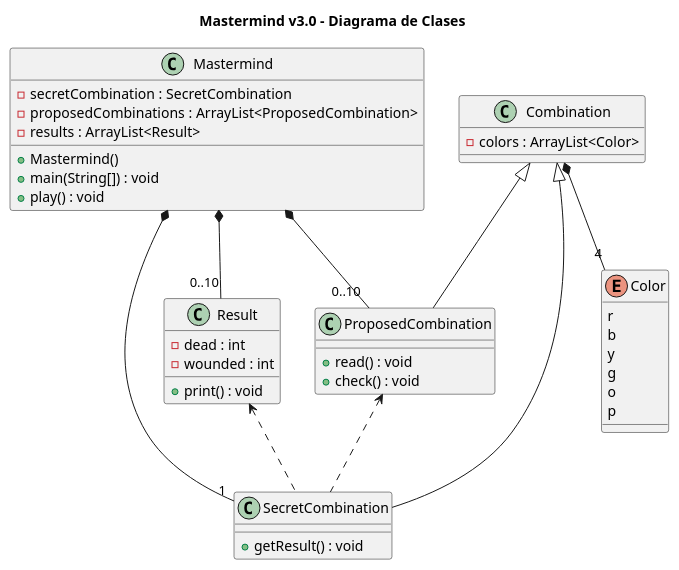
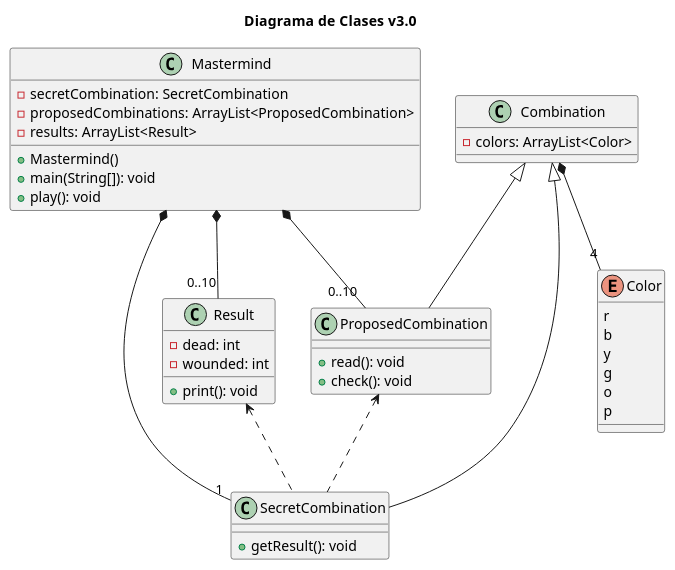
One commit to Luismoteando/Mastermind changed the third of 4 diagrams in README.adoc. Above: the diagram before and after it, drawn with PlantUML. The commit also changed other lines of this file and 17 other files, not shown here.

```diff
--- a/README.adoc
+++ b/README.adoc
@@ -85,50 +85,50 @@
 [plantuml, diagram-class3, png]
 ....
-title Mastermind v3.0 - Diagrama de Clases
+title Diagrama de Clases  v3.0
 
 class Mastermind {
-	-secretCombination : SecretCombination
-	-proposedCombinations : ArrayList<ProposedCombination>
-	-results : ArrayList<Result>
+	-secretCombination: SecretCombination
+	-proposedCombinations: ArrayList<ProposedCombination>
+	-results: ArrayList<Result>
 	+Mastermind()
-	+main(String[]) : void
-	+play() : void
+	+main(String[]): void
+	+play(): void
 }
 
 class Combination {
-	-colors : ArrayList<Color>
+	-colors: ArrayList<Color>
 }
 
 class ProposedCombination {
-	+read() : void
-	+check() : void
+	+read(): void
+	+check(): void
 }
 
 class SecretCombination {
-	+getResult() : void
+	+getResult(): void
 }
 
 class Result {
-	-dead : int
-	-wounded : int
-	+print() : void
+	-dead: int
+	-wounded: int
+	+print(): void
 }
 
 enum Color {
 	r
 	b
 	y
 	g
 	o
 	p
 }
 
 Mastermind *-- "0..10" ProposedCombination
 Mastermind *-- "1" SecretCombination
 Mastermind *-- "0..10" Result
 Combination *-- "4" Color
 Combination <|-- SecretCombination
 Combination <|-- ProposedCombination
 ProposedCombination <.. SecretCombination
 Result <.. SecretCombination
 ....
```
